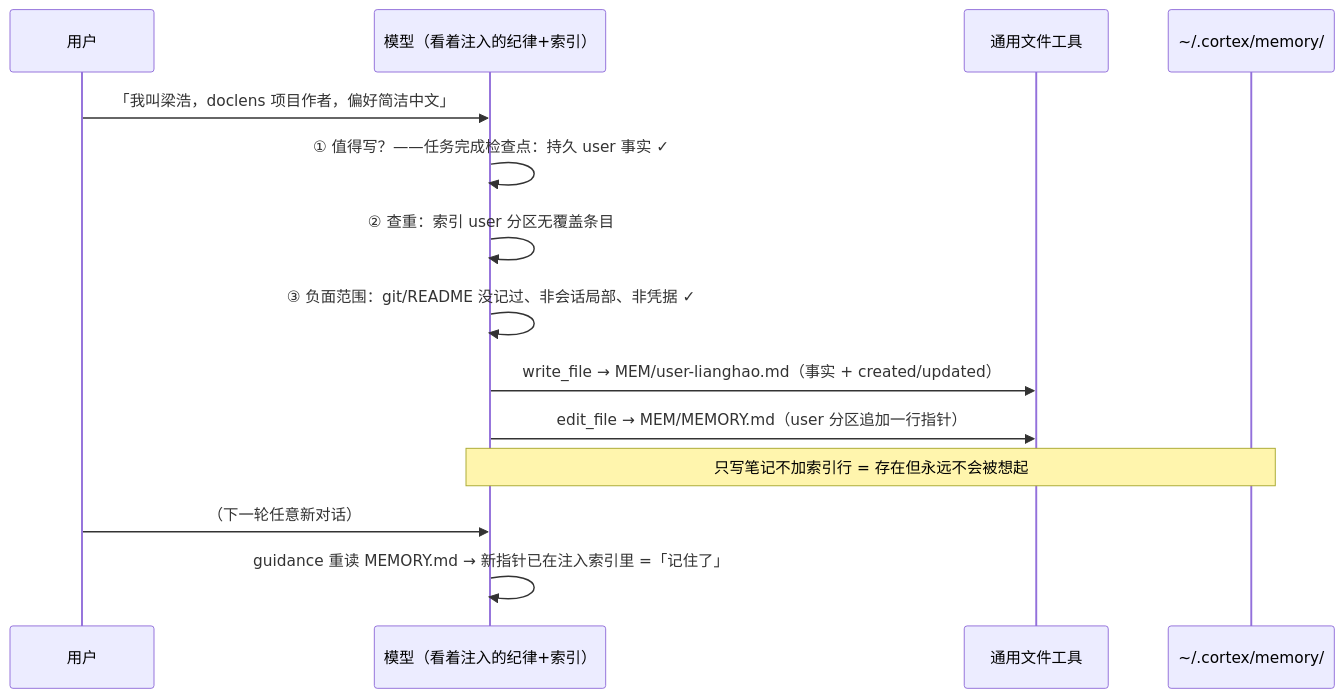
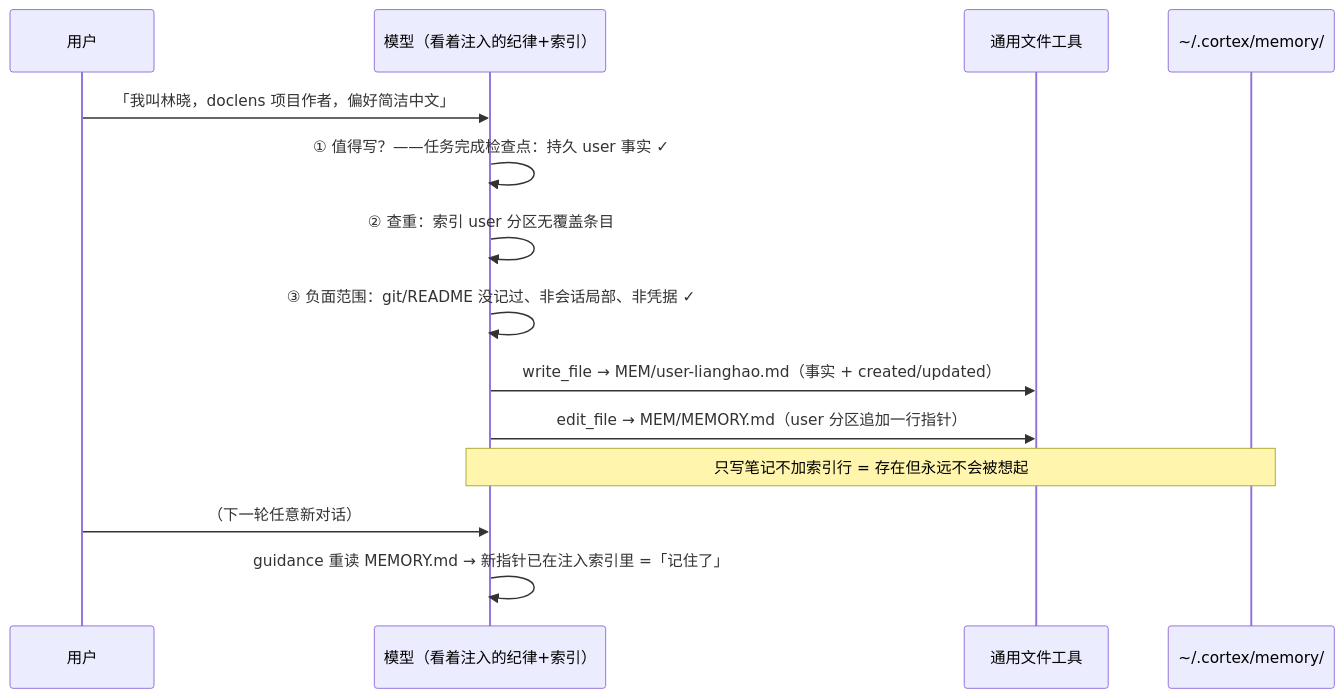
Before and after one commit to zhlhaohao/doclens: the second of 2 diagrams in docs/memory-how-it-works.md, drawn with Mermaid. The commit also changed other lines of this file, not shown here.

````diff
--- a/docs/memory-how-it-works.md
+++ b/docs/memory-how-it-works.md
@@ -83,16 +83,16 @@
 ```mermaid
 sequenceDiagram
     participant U as 用户
     participant M as 模型（看着注入的纪律+索引）
     participant FS as 通用文件工具
     participant MEM as ~/.cortex/memory/
-    U->>M: 「我叫梁浩，doclens 项目作者，偏好简洁中文」
+    U->>M: 「我叫林晓，doclens 项目作者，偏好简洁中文」
     M->>M: ① 值得写？——任务完成检查点：持久 user 事实 ✓
     M->>M: ② 查重：索引 user 分区无覆盖条目
     M->>M: ③ 负面范围：git/README 没记过、非会话局部、非凭据 ✓
     M->>FS: write_file → MEM/user-lianghao.md（事实 + created/updated）
     M->>FS: edit_file → MEM/MEMORY.md（user 分区追加一行指针）
     Note over M,MEM: 只写笔记不加索引行 = 存在但永远不会被想起
     U->>M: （下一轮任意新对话）
     M->>M: guidance 重读 MEMORY.md → 新指针已在注入索引里 =「记住了」
 ```
````
